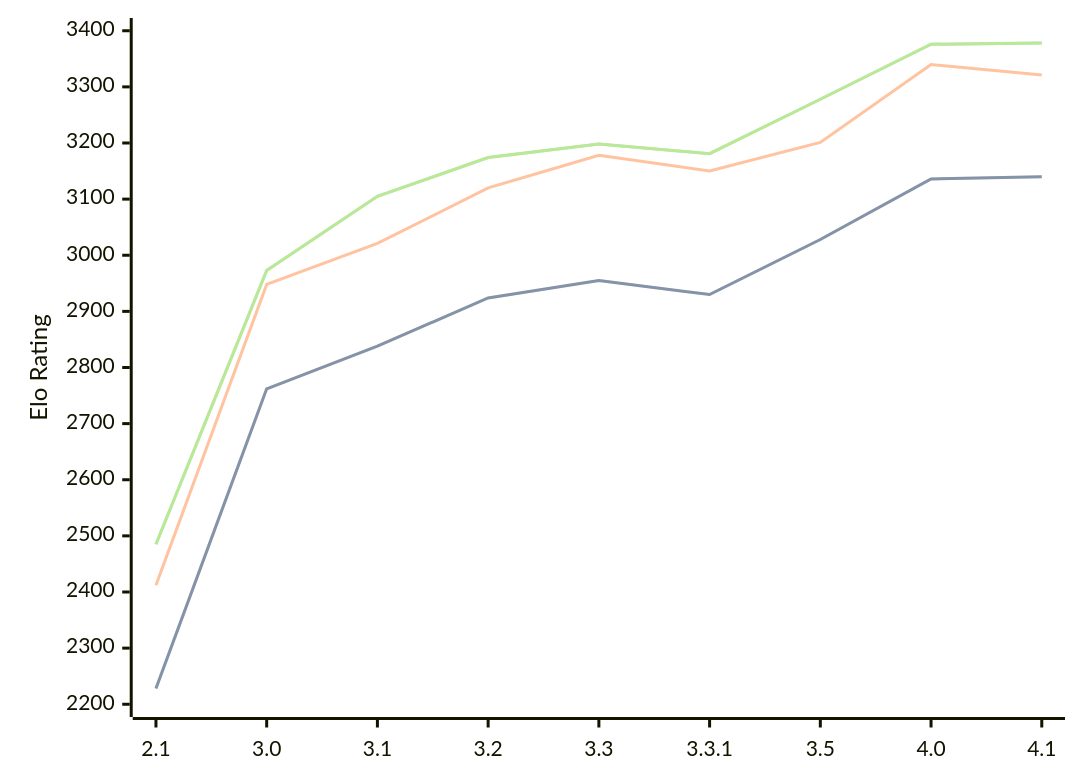
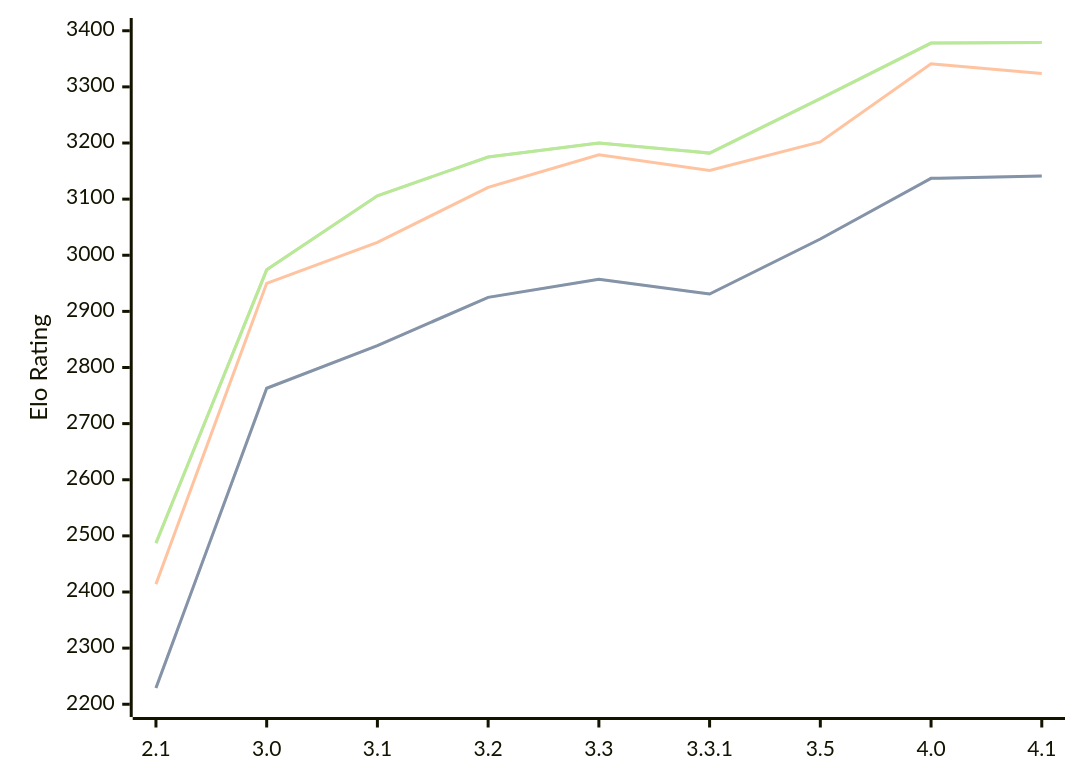
One commit to computer-chess-index/cci changed the diagram in engines/Petrel.md. Above: the diagram before and after it, drawn with Mermaid. The commit also changed other lines of this file, not shown here.

Commit message:
Update CCI Ratings (ELO VLTC) - 2026-10-09

````diff
--- a/engines/Petrel.md
+++ b/engines/Petrel.md
@@ -39,11 +39,11 @@
 ```mermaid
 %%{init: {"theme":"base","themeVariables":{"seriesColors:['#a3a3a3','#222221','#faa371']}}}%%
 xychart-beta
   x-axis ["2.1", "3.0", "3.1", "3.2", "3.3", "3.3.1", "3.5", "4.0", "4.1"]
   y-axis "Elo Rating" 2200 --> 3400
-  line "" [2228, 2762, 2838, 2924, 2955, 2930, 3028, 3136, 3140]
-  line "STC (8.0+0.08s)" [2228, 2762, 2838, 2924, 2955, 2930, 3028, 3136, 3140]
-  line "LTC (60.0+0.60s)" [2412, 2948, 3021, 3120, 3178, 3150, 3201, 3340, 3321]
-  line "" [2485, 2973, 3105, 3174, 3198, 3181, 3278, 3376, 3378]
-  line "VLTC (2m24s+1.12s)" [2485, 2973, 3105, 3174, 3198, 3181, 3278, 3376, 3378]
+  line "" [2229, 2763, 2839, 2925, 2957, 2931, 3029, 3137, 3141]
+  line "STC (8.0+0.08s)" [2229, 2763, 2839, 2925, 2957, 2931, 3029, 3137, 3141]
+  line "LTC (60.0+0.60s)" [2414, 2950, 3023, 3121, 3179, 3151, 3202, 3341, 3324]
+  line "" [2487, 2974, 3106, 3175, 3200, 3182, 3279, 3378, 3379]
+  line "VLTC (2m24s+1.12s)" [2487, 2974, 3106, 3175, 3200, 3182, 3279, 3378, 3379]
 ```
````
